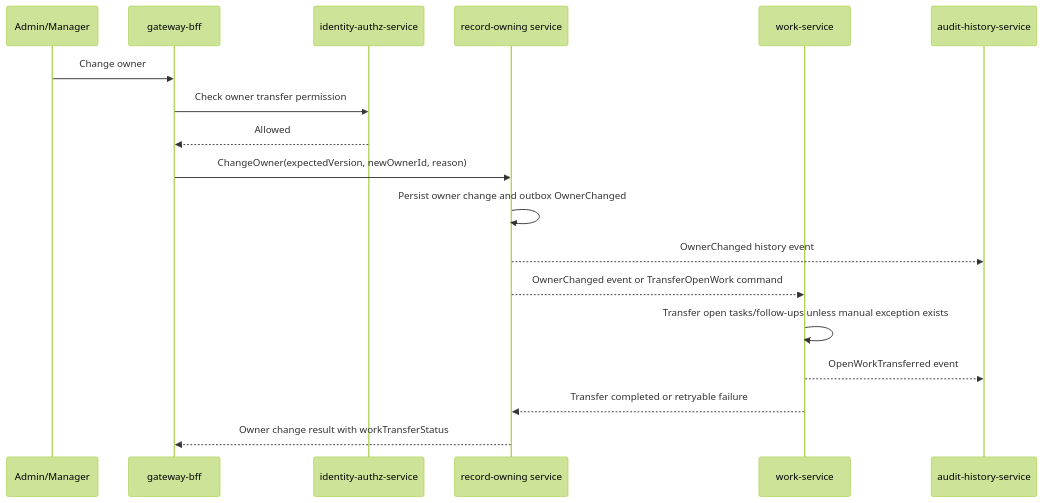
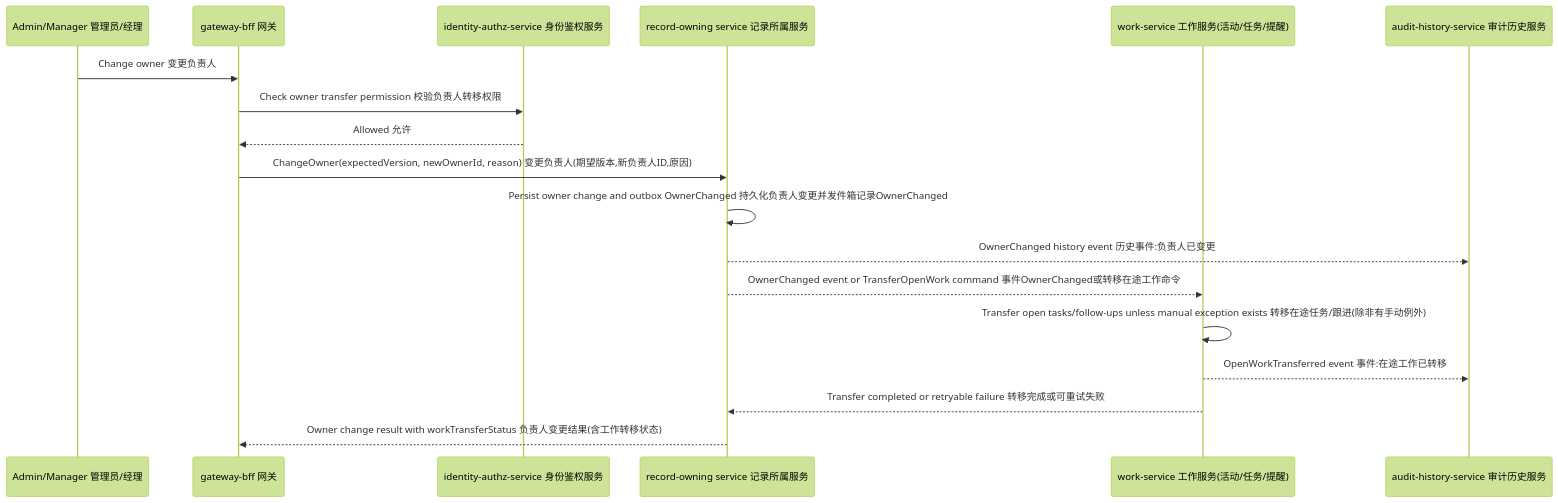
Diagram 12 of 14 in docs/architecture/architecture.md (Neil996777/crm-system), drawn with Mermaid (forest theme) before and after one commit. The commit also changed other lines of this file and 33 other files, not shown here.

````diff
--- a/docs/architecture/architecture.md
+++ b/docs/architecture/architecture.md
@@ -473,21 +473,21 @@
 ```mermaid
 sequenceDiagram
-  participant U as Admin/Manager
-  participant G as gateway-bff
-  participant P as identity-authz-service
-  participant R as record-owning service
-  participant W as work-service
-  participant H as audit-history-service
+  participant U as Admin/Manager 管理员/经理
+  participant G as gateway-bff 网关
+  participant P as identity-authz-service 身份鉴权服务
+  participant R as record-owning service 记录所属服务
+  participant W as work-service 工作服务(活动/任务/提醒)
+  participant H as audit-history-service 审计历史服务
 
-  U->>G: Change owner
-  G->>P: Check owner transfer permission
-  P-->>G: Allowed
-  G->>R: ChangeOwner(expectedVersion, newOwnerId, reason)
-  R->>R: Persist owner change and outbox OwnerChanged
-  R-->>H: OwnerChanged history event
-  R-->>W: OwnerChanged event or TransferOpenWork command
-  W->>W: Transfer open tasks/follow-ups unless manual exception exists
-  W-->>H: OpenWorkTransferred event
-  W-->>R: Transfer completed or retryable failure
-  R-->>G: Owner change result with workTransferStatus
+  U->>G: Change owner 变更负责人
+  G->>P: Check owner transfer permission 校验负责人转移权限
+  P-->>G: Allowed 允许
+  G->>R: ChangeOwner(expectedVersion, newOwnerId, reason) 变更负责人(期望版本,新负责人ID,原因)
+  R->>R: Persist owner change and outbox OwnerChanged 持久化负责人变更并发件箱记录OwnerChanged
+  R-->>H: OwnerChanged history event 历史事件:负责人已变更
+  R-->>W: OwnerChanged event or TransferOpenWork command 事件OwnerChanged或转移在途工作命令
+  W->>W: Transfer open tasks/follow-ups unless manual exception exists 转移在途任务/跟进(除非有手动例外)
+  W-->>H: OpenWorkTransferred event 事件:在途工作已转移
+  W-->>R: Transfer completed or retryable failure 转移完成或可重试失败
+  R-->>G: Owner change result with workTransferStatus 负责人变更结果(含工作转移状态)
 ```
````
